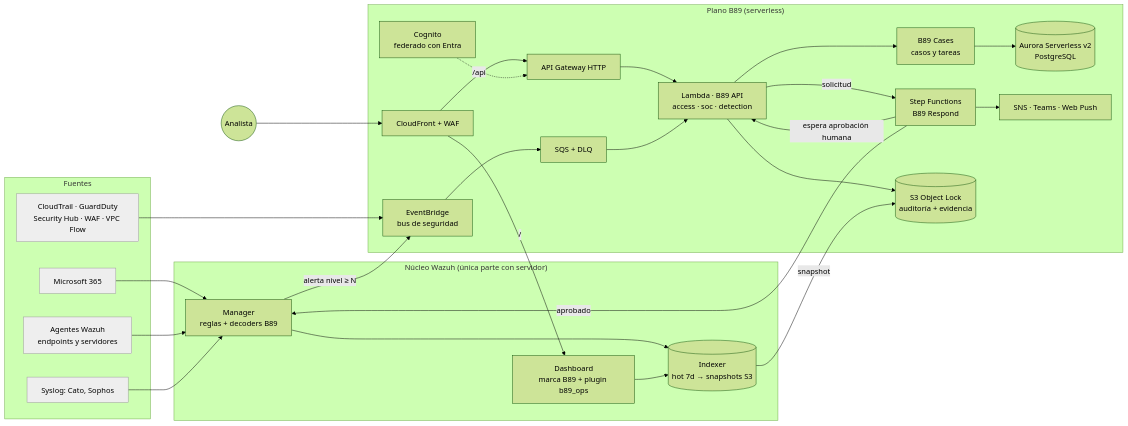
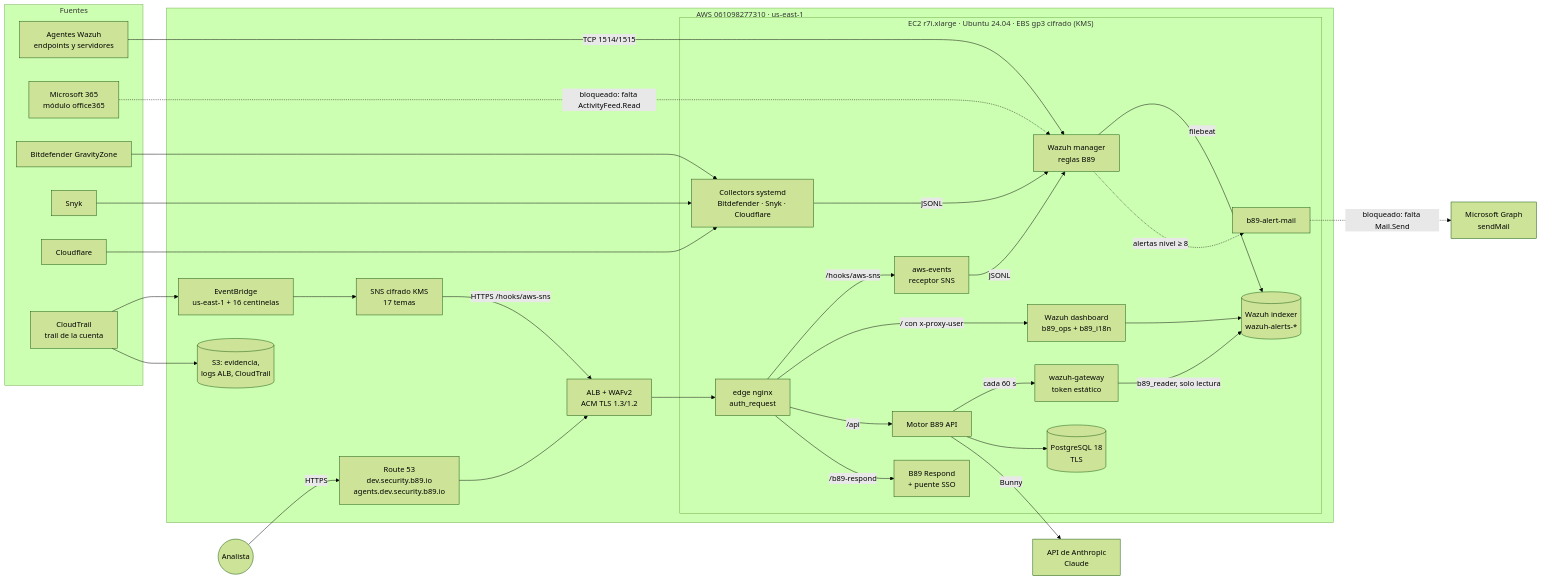
The diagram in docs/02-arquitectura.md (CyberStill-GmbH/b89-secops), drawn with Mermaid (forest theme) before and after one commit. The commit also changed other lines of this file and 9 other files, not shown here.

First line of the commit message:
docs: document the live B89 SOC (architecture, runbook, integrations, user guide)

````diff
--- a/docs/02-arquitectura.md
+++ b/docs/02-arquitectura.md
@@ -29,44 +18,49 @@
 ```mermaid
 flowchart LR
   subgraph Fuentes
-    M365[Microsoft 365]:::src
-    AG[Agentes Wazuh<br/>endpoints y servidores]:::src
-    AWSL[CloudTrail · GuardDuty<br/>Security Hub · WAF · VPC Flow]:::src
-    SYS[Syslog: Cato, Sophos]:::src
+    AG[Agentes Wazuh<br/>endpoints y servidores]
+    M365[Microsoft 365<br/>módulo office365]
+    BD[Bitdefender GravityZone]
+    SN[Snyk]
+    CF[Cloudflare]
+    CT[CloudTrail<br/>trail de la cuenta]
   end
-  subgraph Core["Núcleo Wazuh (única parte con servidor)"]
-    MGR[Manager<br/>reglas + decoders B89]
-    IDX[(Indexer<br/>hot 7d → snapshots S3)]
-    DSB[Dashboard<br/>marca B89 + plugin b89_ops]
+  subgraph AWS["AWS 061098277310 · us-east-1"]
+    EB[EventBridge<br/>us-east-1 + 16 centinelas]
+    SNS[SNS cifrado KMS<br/>17 temas]
+    R53[Route 53<br/>dev.security.b89.io<br/>agents.dev.security.b89.io]
+    ALB[ALB + WAFv2<br/>ACM TLS 1.3/1.2]
+    S3[(S3: evidencia,<br/>logs ALB, CloudTrail)]
+    subgraph EC2["EC2 r7i.xlarge · Ubuntu 24.04 · EBS gp3 cifrado (KMS)"]
+      EDGE[edge nginx<br/>auth_request]
+      AWSR[aws-events<br/>receptor SNS]
+      COL[Collectors systemd<br/>Bitdefender · Snyk · Cloudflare]
+      MGR[Wazuh manager<br/>reglas B89]
+      IDX[(Wazuh indexer<br/>wazuh-alerts-*)]
+      DSB[Wazuh dashboard<br/>b89_ops + b89_i18n]
+      GW[wazuh-gateway<br/>token estático]
+      API[Motor B89 API]
+      PG[(PostgreSQL 18<br/>TLS)]
+      RESP[B89 Respond<br/>+ puente SSO]
+      MAIL[b89-alert-mail]
+    end
   end
-  subgraph Serverless["Plano B89 (serverless)"]
-    CF[CloudFront + WAF]
-    COG[Cognito<br/>federado con Entra]
-    APIGW[API Gateway HTTP]
-    API[Lambda · B89 API<br/>access · soc · detection]
-    EB[EventBridge<br/>bus de seguridad]
-    SQS[SQS + DLQ]
-    SFN[Step Functions<br/>B89 Respond]
-    CASES[B89 Cases<br/>casos y tareas]
-    AUR[(Aurora Serverless v2<br/>PostgreSQL)]
-    S3A[(S3 Object Lock<br/>auditoría + evidencia)]
-    NOTI[SNS · Teams · Web Push]
-  end
-  U((Analista)) --> CF
-  CF -->|"/"| DSB
-  CF -->|"/api"| APIGW --> API
-  COG -.-> APIGW
-  M365 & AG & SYS --> MGR --> IDX
+  ANTH[API de Anthropic<br/>Claude]
+  GRAPH[Microsoft Graph<br/>sendMail]
+  U((Analista)) -->|HTTPS| R53 --> ALB --> EDGE
+  AG -->|TCP 1514/1515| MGR
+  M365 -.->|bloqueado: falta ActivityFeed.Read| MGR
+  BD & SN & CF --> COL -->|JSONL| MGR
+  CT --> EB --> SNS -->|HTTPS /hooks/aws-sns| ALB
+  CT --> S3
+  EDGE -->|/hooks/aws-sns| AWSR -->|JSONL| MGR
+  MGR -->|filebeat| IDX
   DSB --> IDX
-  AWSL --> EB
-  MGR -->|alerta nivel ≥ N| EB
-  EB --> SQS --> API
-  API --> CASES --> AUR
-  API --> S3A
-  API -->|solicitud| SFN
-  SFN -->|espera aprobación humana| API
-  SFN -->|aprobado| MGR
-  SFN --> NOTI
-  IDX -->|snapshot| S3A
-classDef src fill:#eee,stroke:#999
+  EDGE -->|/ con x-proxy-user| DSB
+  EDGE -->|/api| API
+  EDGE -->|/b89-respond| RESP
+  API -->|cada 60 s| GW -->|b89_reader, solo lectura| IDX
+  API --> PG
+  API -->|Bunny| ANTH
+  MGR -.->|alertas nivel ≥ 8| MAIL -.->|bloqueado: falta Mail.Send| GRAPH
 ```
````
